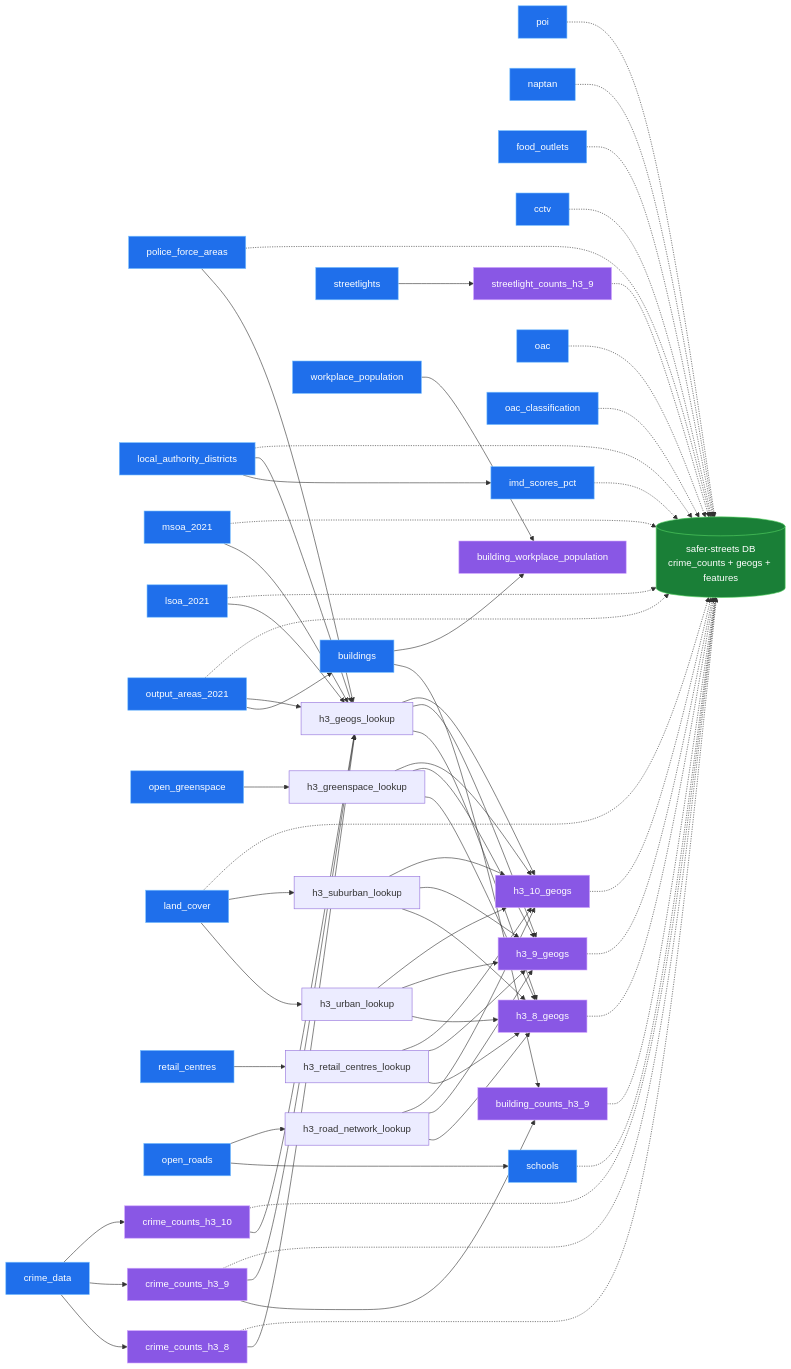
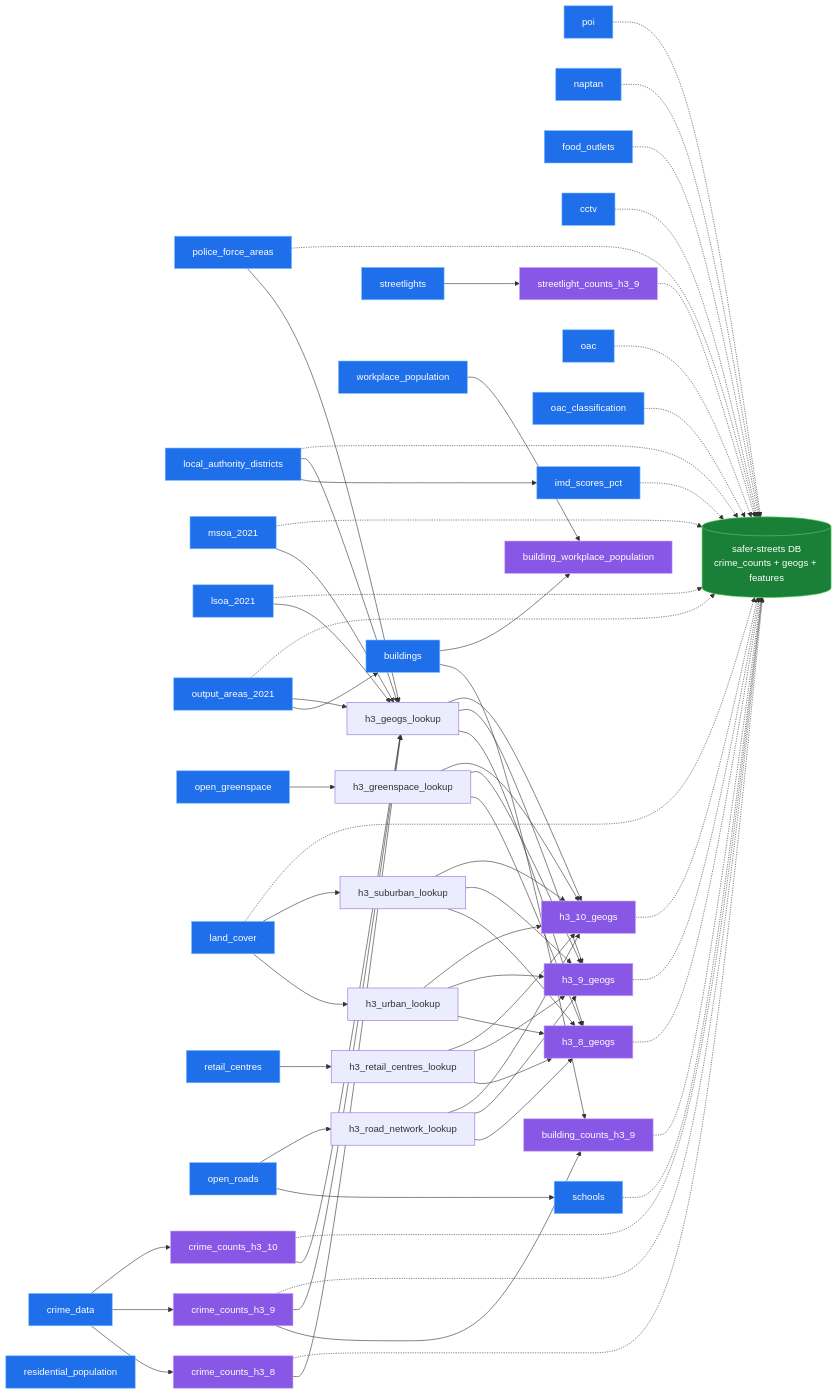
One commit to safer-streets/safer-streets-tooling changed the diagram in README.md. Above: the diagram before and after it, drawn with Mermaid. The commit also changed other lines of this file and 5 other files, not shown here.

First line of the commit message:
Add residential_population extract (Census 2021 TS001 per OA)

````diff
--- a/README.md
+++ b/README.md
@@ -66,6 +66,7 @@
    oac
    oac_classification
    workplace_population
+   residential_population
 
    crime_counts_h3_8
    crime_counts_h3_9
@@ -160,7 +161,7 @@
     classDef extract fill:#1f6feb,stroke:#79c0ff,stroke-width:1px,color:#ffffff;
     classDef transform fill:#8957e5,stroke:#d2a8ff,stroke-width:1px,color:#ffffff;
     classDef load fill:#1a7f37,stroke:#56d364,stroke-width:1px,color:#ffffff;
-    class crime_data,police_force_areas,local_authority_districts,msoa_2021,lsoa_2021,output_areas_2021,open_greenspace,land_cover,buildings,retail_centres,open_roads,poi,naptan,food_outlets,streetlights,cctv,schools,imd_scores_pct,oac,oac_classification,workplace_population extract;
+    class crime_data,police_force_areas,local_authority_districts,msoa_2021,lsoa_2021,output_areas_2021,open_greenspace,land_cover,buildings,retail_centres,open_roads,poi,naptan,food_outlets,streetlights,cctv,schools,imd_scores_pct,oac,oac_classification,workplace_population,residential_population extract;
     class crime_counts_h3_8,crime_counts_h3_9,crime_counts_h3_10,streetlight_counts_h3_9,building_counts_h3_9,building_workplace_population,h3_8_geogs,h3_9_geogs,h3_10_geogs transform;
     class database load;
 ```
````
